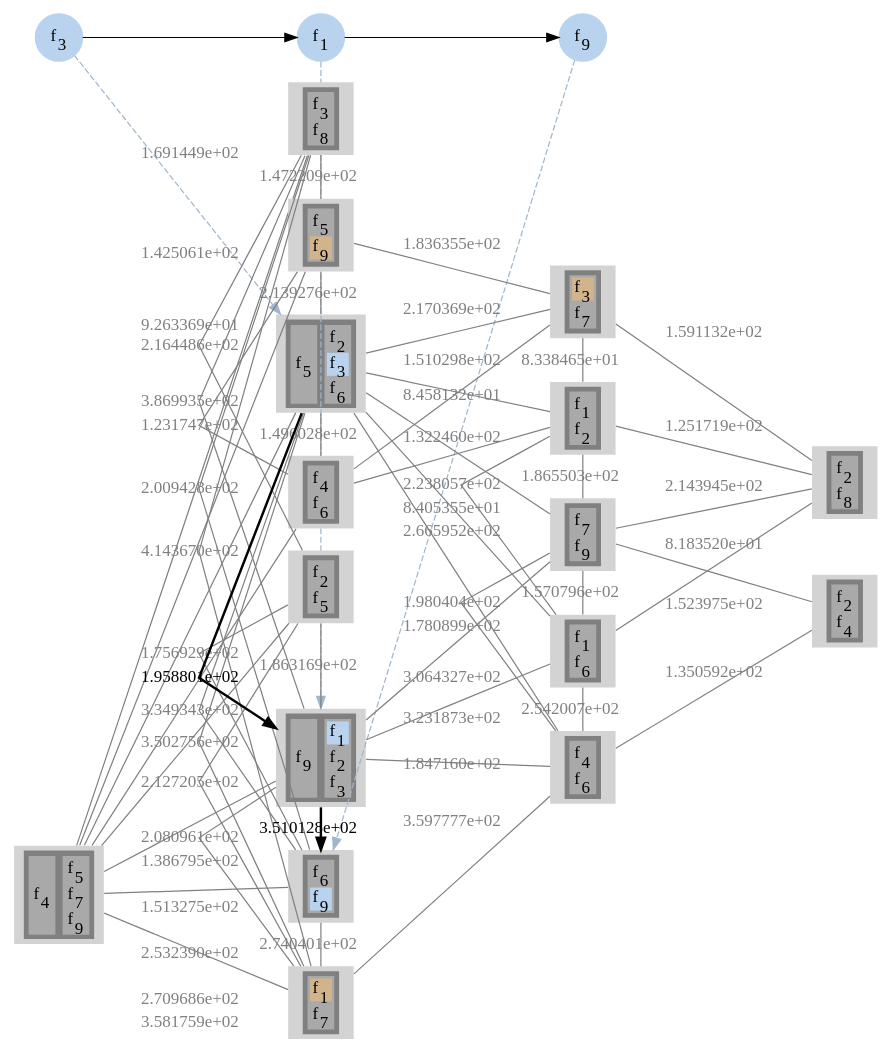
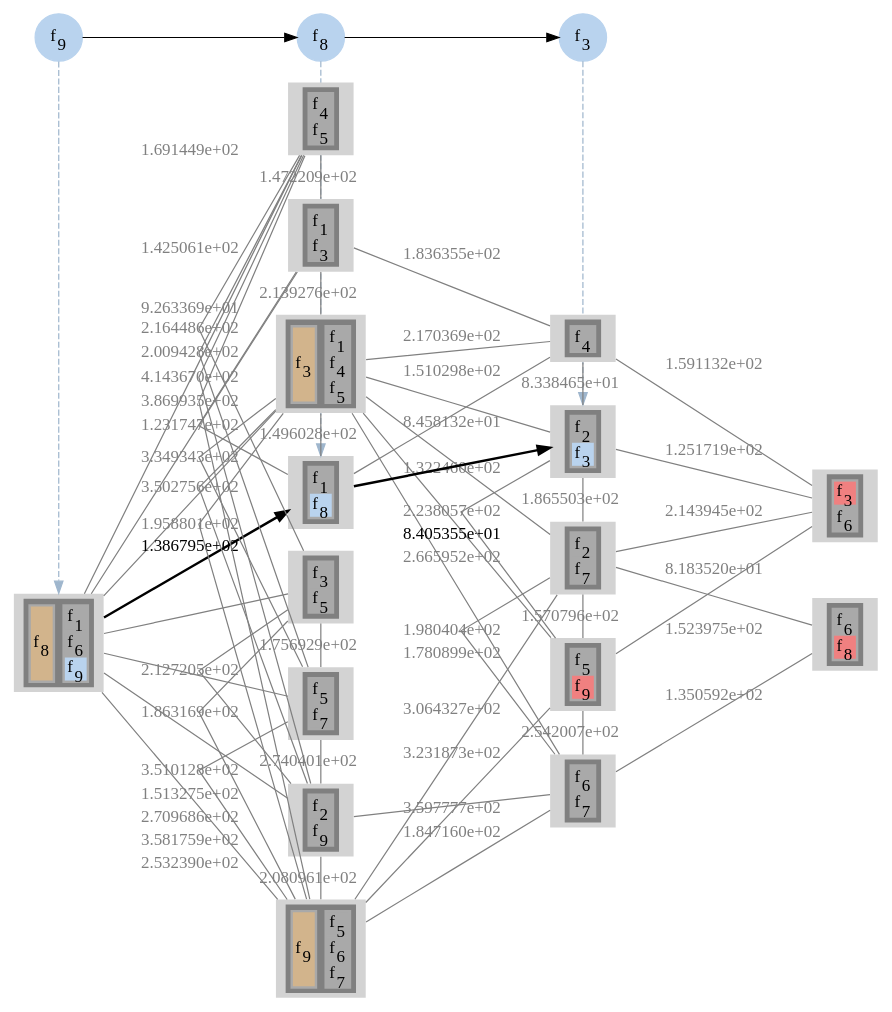
Before and after one commit to prateekshyap/SFC_Placement_in_VNF: the diagram in output/newyork_16_49/gv/sfcAssgn10.gv, drawn with Graphviz. The commit also changed 15 other files, not shown here.

```diff
--- a/output/newyork_16_49/gv/sfcAssgn10.gv
+++ b/output/newyork_16_49/gv/sfcAssgn10.gv
@@ -5,14 +5,14 @@
 subgraph sfc
 {
 node [shape=circle]
+{rank = same; f9; };
+{rank = same; f8; };
 {rank = same; f3; };
-{rank = same; f1; };
-{rank = same; f9; };
+f9[style=filled label=<f<SUB>9</SUB>> color="slategray2"]
+f8[style=filled label=<f<SUB>8</SUB>> color="slategray2"]
 f3[style=filled label=<f<SUB>3</SUB>> color="slategray2"]
-f1[style=filled label=<f<SUB>1</SUB>> color="slategray2"]
-f9[style=filled label=<f<SUB>9</SUB>> color="slategray2"]
-f3 -> f1
-f1 -> f9
+f9 -> f8
+f8 -> f3
 }
 subgraph network
 {
@@ -21,20 +21,143 @@
 {rank = same; 2; 5; 6; 7; 8; 12; 13; 15; };
 {rank = same; 3; 4; 9; 10; 14; };
 {rank = same; 11; 16; };
+1[style=filled
+label=<
+<TABLE BORDER="0" BGCOLOR="gray">
+<TR>
+<TD>
+<TABLE BORDER="0" BGCOLOR="darkgray">
+<TR><TD PORT="f32" BGCOLOR="tan">f<SUB>8</SUB></TD></TR>
+</TABLE>
+</TD>
+<TD>
+<TABLE BORDER="0" BGCOLOR="darkgray">
+<TR><TD PORT="f2" BGCOLOR="darkgray">f<SUB>1</SUB></TD></TR>
+<TR><TD PORT="f26" BGCOLOR="darkgray">f<SUB>6</SUB></TD></TR>
+<TR><TD PORT="f36" BGCOLOR="slategray2">f<SUB>9</SUB></TD></TR>
+</TABLE>
+</TD>
+</TR>
+</TABLE>>]
+
+8[style=filled
+label=<
+<TABLE BORDER="0" BGCOLOR="gray">
+<TR>
+<TD>
+<TABLE BORDER="0" BGCOLOR="darkgray">
+<TR><TD PORT="f3" BGCOLOR="darkgray">f<SUB>1</SUB></TD></TR>
+<TR><TD PORT="f34" BGCOLOR="slategray2">f<SUB>8</SUB></TD></TR>
+</TABLE>
+</TD>
+</TR>
+</TABLE>>]
+
+8[style=filled
+label=<
+<TABLE BORDER="0" BGCOLOR="gray">
+<TR>
+<TD>
+<TABLE BORDER="0" BGCOLOR="darkgray">
+<TR><TD PORT="f3" BGCOLOR="darkgray">f<SUB>1</SUB></TD></TR>
+<TR><TD PORT="f34" BGCOLOR="slategray2">f<SUB>8</SUB></TD></TR>
+</TABLE>
+</TD>
+</TR>
+</TABLE>>]
+
+4[style=filled
+label=<
+<TABLE BORDER="0" BGCOLOR="gray">
+<TR>
+<TD>
+<TABLE BORDER="0" BGCOLOR="darkgray">
+<TR><TD PORT="f6" BGCOLOR="darkgray">f<SUB>2</SUB></TD></TR>
+<TR><TD PORT="f10" BGCOLOR="slategray2">f<SUB>3</SUB></TD></TR>
+</TABLE>
+</TD>
+</TR>
+</TABLE>>]
+
+2[style=filled
+label=<
+<TABLE BORDER="0" BGCOLOR="gray">
+<TR>
+<TD>
+<TABLE BORDER="0" BGCOLOR="darkgray">
+<TR><TD PORT="f14" BGCOLOR="darkgray">f<SUB>4</SUB></TD></TR>
+<TR><TD PORT="f19" BGCOLOR="darkgray">f<SUB>5</SUB></TD></TR>
+</TABLE>
+</TD>
+</TR>
+</TABLE>>]
+
+5[style=filled
+label=<
+<TABLE BORDER="0" BGCOLOR="gray">
+<TR>
+<TD>
+<TABLE BORDER="0" BGCOLOR="darkgray">
+<TR><TD PORT="f11" BGCOLOR="darkgray">f<SUB>3</SUB></TD></TR>
+<TR><TD PORT="f20" BGCOLOR="darkgray">f<SUB>5</SUB></TD></TR>
+</TABLE>
+</TD>
+</TR>
+</TABLE>>]
+
+6[style=filled
+label=<
+<TABLE BORDER="0" BGCOLOR="gray">
+<TR>
+<TD>
+<TABLE BORDER="0" BGCOLOR="darkgray">
+<TR><TD PORT="f4" BGCOLOR="darkgray">f<SUB>1</SUB></TD></TR>
+<TR><TD PORT="f12" BGCOLOR="darkgray">f<SUB>3</SUB></TD></TR>
+</TABLE>
+</TD>
+</TR>
+</TABLE>>]
+
 7[style=filled
 label=<
 <TABLE BORDER="0" BGCOLOR="gray">
 <TR>
 <TD>
 <TABLE BORDER="0" BGCOLOR="darkgray">
-<TR><TD PORT="f19" BGCOLOR="darkgray">f<SUB>5</SUB></TD></TR>
+<TR><TD PORT="f8" BGCOLOR="tan">f<SUB>3</SUB></TD></TR>
 </TABLE>
 </TD>
 <TD>
 <TABLE BORDER="0" BGCOLOR="darkgray">
-<TR><TD PORT="f9" BGCOLOR="darkgray">f<SUB>2</SUB></TD></TR>
-<TR><TD PORT="f12" BGCOLOR="slategray2">f<SUB>3</SUB></TD></TR>
-<TR><TD PORT="f24" BGCOLOR="darkgray">f<SUB>6</SUB></TD></TR>
+<TR><TD PORT="f1" BGCOLOR="darkgray">f<SUB>1</SUB></TD></TR>
+<TR><TD PORT="f13" BGCOLOR="darkgray">f<SUB>4</SUB></TD></TR>
+<TR><TD PORT="f17" BGCOLOR="darkgray">f<SUB>5</SUB></TD></TR>
+</TABLE>
+</TD>
+</TR>
+</TABLE>>]
+
+12[style=filled
+label=<
+<TABLE BORDER="0" BGCOLOR="gray">
+<TR>
+<TD>
+<TABLE BORDER="0" BGCOLOR="darkgray">
+<TR><TD PORT="f22" BGCOLOR="darkgray">f<SUB>5</SUB></TD></TR>
+<TR><TD PORT="f31" BGCOLOR="darkgray">f<SUB>7</SUB></TD></TR>
+</TABLE>
+</TD>
+</TR>
+</TABLE>>]
+
+13[style=filled
+label=<
+<TABLE BORDER="0" BGCOLOR="gray">
+<TR>
+<TD>
+<TABLE BORDER="0" BGCOLOR="darkgray">
+<TR><TD PORT="f7" BGCOLOR="darkgray">f<SUB>2</SUB></TD></TR>
+<TR><TD PORT="f37" BGCOLOR="darkgray">f<SUB>9</SUB></TD></TR>
 </TABLE>
 </TD>
 </TR>
@@ -46,129 +169,13 @@
 <TR>
 <TD>
 <TABLE BORDER="0" BGCOLOR="darkgray">
-<TR><TD PORT="f34" BGCOLOR="darkgray">f<SUB>9</SUB></TD></TR>
+<TR><TD PORT="f35" BGCOLOR="tan">f<SUB>9</SUB></TD></TR>
 </TABLE>
 </TD>
 <TD>
 <TABLE BORDER="0" BGCOLOR="darkgray">
-<TR><TD PORT="f4" BGCOLOR="slategray2">f<SUB>1</SUB></TD></TR>
-<TR><TD PORT="f7" BGCOLOR="darkgray">f<SUB>2</SUB></TD></TR>
-<TR><TD PORT="f14" BGCOLOR="darkgray">f<SUB>3</SUB></TD></TR>
-</TABLE>
-</TD>
-</TR>
-</TABLE>>]
-
-15[style=filled
-label=<
-<TABLE BORDER="0" BGCOLOR="gray">
-<TR>
-<TD>
-<TABLE BORDER="0" BGCOLOR="darkgray">
-<TR><TD PORT="f34" BGCOLOR="darkgray">f<SUB>9</SUB></TD></TR>
-</TABLE>
-</TD>
-<TD>
-<TABLE BORDER="0" BGCOLOR="darkgray">
-<TR><TD PORT="f4" BGCOLOR="slategray2">f<SUB>1</SUB></TD></TR>
-<TR><TD PORT="f7" BGCOLOR="darkgray">f<SUB>2</SUB></TD></TR>
-<TR><TD PORT="f14" BGCOLOR="darkgray">f<SUB>3</SUB></TD></TR>
-</TABLE>
-</TD>
-</TR>
-</TABLE>>]
-
-12[style=filled
-label=<
-<TABLE BORDER="0" BGCOLOR="gray">
-<TR>
-<TD>
-<TABLE BORDER="0" BGCOLOR="darkgray">
-<TR><TD PORT="f27" BGCOLOR="darkgray">f<SUB>6</SUB></TD></TR>
-<TR><TD PORT="f37" BGCOLOR="slategray2">f<SUB>9</SUB></TD></TR>
-</TABLE>
-</TD>
-</TR>
-</TABLE>>]
-
-1[style=filled
-label=<
-<TABLE BORDER="0" BGCOLOR="gray">
-<TR>
-<TD>
-<TABLE BORDER="0" BGCOLOR="darkgray">
-<TR><TD PORT="f17" BGCOLOR="darkgray">f<SUB>4</SUB></TD></TR>
-</TABLE>
-</TD>
-<TD>
-<TABLE BORDER="0" BGCOLOR="darkgray">
-<TR><TD PORT="f22" BGCOLOR="darkgray">f<SUB>5</SUB></TD></TR>
-<TR><TD PORT="f30" BGCOLOR="darkgray">f<SUB>7</SUB></TD></TR>
-<TR><TD PORT="f35" BGCOLOR="darkgray">f<SUB>9</SUB></TD></TR>
-</TABLE>
-</TD>
-</TR>
-</TABLE>>]
-
-2[style=filled
-label=<
-<TABLE BORDER="0" BGCOLOR="gray">
-<TR>
-<TD>
-<TABLE BORDER="0" BGCOLOR="darkgray">
-<TR><TD PORT="f13" BGCOLOR="darkgray">f<SUB>3</SUB></TD></TR>
-<TR><TD PORT="f32" BGCOLOR="darkgray">f<SUB>8</SUB></TD></TR>
-</TABLE>
-</TD>
-</TR>
-</TABLE>>]
-
-5[style=filled
-label=<
-<TABLE BORDER="0" BGCOLOR="gray">
-<TR>
-<TD>
-<TABLE BORDER="0" BGCOLOR="darkgray">
-<TR><TD PORT="f8" BGCOLOR="darkgray">f<SUB>2</SUB></TD></TR>
-<TR><TD PORT="f21" BGCOLOR="darkgray">f<SUB>5</SUB></TD></TR>
-</TABLE>
-</TD>
-</TR>
-</TABLE>>]
-
-6[style=filled
-label=<
-<TABLE BORDER="0" BGCOLOR="gray">
-<TR>
-<TD>
-<TABLE BORDER="0" BGCOLOR="darkgray">
-<TR><TD PORT="f20" BGCOLOR="darkgray">f<SUB>5</SUB></TD></TR>
-<TR><TD PORT="f38" BGCOLOR="tan">f<SUB>9</SUB></TD></TR>
-</TABLE>
-</TD>
-</TR>
-</TABLE>>]
-
-8[style=filled
-label=<
-<TABLE BORDER="0" BGCOLOR="gray">
-<TR>
-<TD>
-<TABLE BORDER="0" BGCOLOR="darkgray">
-<TR><TD PORT="f15" BGCOLOR="darkgray">f<SUB>4</SUB></TD></TR>
+<TR><TD PORT="f18" BGCOLOR="darkgray">f<SUB>5</SUB></TD></TR>
 <TR><TD PORT="f23" BGCOLOR="darkgray">f<SUB>6</SUB></TD></TR>
-</TABLE>
-</TD>
-</TR>
-</TABLE>>]
-
-13[style=filled
-label=<
-<TABLE BORDER="0" BGCOLOR="gray">
-<TR>
-<TD>
-<TABLE BORDER="0" BGCOLOR="darkgray">
-<TR><TD PORT="f3" BGCOLOR="tan">f<SUB>1</SUB></TD></TR>
 <TR><TD PORT="f29" BGCOLOR="darkgray">f<SUB>7</SUB></TD></TR>
 </TABLE>
 </TD>
@@ -181,21 +188,7 @@
 <TR>
 <TD>
 <TABLE BORDER="0" BGCOLOR="darkgray">
-<TR><TD PORT="f11" BGCOLOR="tan">f<SUB>3</SUB></TD></TR>
-<TR><TD PORT="f28" BGCOLOR="darkgray">f<SUB>7</SUB></TD></TR>
-</TABLE>
-</TD>
-</TR>
-</TABLE>>]
-
-4[style=filled
-label=<
-<TABLE BORDER="0" BGCOLOR="gray">
-<TR>
-<TD>
-<TABLE BORDER="0" BGCOLOR="darkgray">
-<TR><TD PORT="f1" BGCOLOR="darkgray">f<SUB>1</SUB></TD></TR>
-<TR><TD PORT="f5" BGCOLOR="darkgray">f<SUB>2</SUB></TD></TR>
+<TR><TD PORT="f15" BGCOLOR="darkgray">f<SUB>4</SUB></TD></TR>
 </TABLE>
 </TD>
 </TR>
@@ -207,8 +200,8 @@
 <TR>
 <TD>
 <TABLE BORDER="0" BGCOLOR="darkgray">
-<TR><TD PORT="f10" BGCOLOR="darkgray">f<SUB>2</SUB></TD></TR>
-<TR><TD PORT="f33" BGCOLOR="darkgray">f<SUB>8</SUB></TD></TR>
+<TR><TD PORT="f9" BGCOLOR="lightcoral">f<SUB>3</SUB></TD></TR>
+<TR><TD PORT="f24" BGCOLOR="darkgray">f<SUB>6</SUB></TD></TR>
 </TABLE>
 </TD>
 </TR>
@@ -220,8 +213,8 @@
 <TR>
 <TD>
 <TABLE BORDER="0" BGCOLOR="darkgray">
-<TR><TD PORT="f31" BGCOLOR="darkgray">f<SUB>7</SUB></TD></TR>
-<TR><TD PORT="f36" BGCOLOR="darkgray">f<SUB>9</SUB></TD></TR>
+<TR><TD PORT="f5" BGCOLOR="darkgray">f<SUB>2</SUB></TD></TR>
+<TR><TD PORT="f28" BGCOLOR="darkgray">f<SUB>7</SUB></TD></TR>
 </TABLE>
 </TD>
 </TR>
@@ -233,8 +226,8 @@
 <TR>
 <TD>
 <TABLE BORDER="0" BGCOLOR="darkgray">
-<TR><TD PORT="f2" BGCOLOR="darkgray">f<SUB>1</SUB></TD></TR>
-<TR><TD PORT="f25" BGCOLOR="darkgray">f<SUB>6</SUB></TD></TR>
+<TR><TD PORT="f21" BGCOLOR="darkgray">f<SUB>5</SUB></TD></TR>
+<TR><TD PORT="f38" BGCOLOR="lightcoral">f<SUB>9</SUB></TD></TR>
 </TABLE>
 </TD>
 </TR>
@@ -246,8 +239,8 @@
 <TR>
 <TD>
 <TABLE BORDER="0" BGCOLOR="darkgray">
-<TR><TD PORT="f16" BGCOLOR="darkgray">f<SUB>4</SUB></TD></TR>
-<TR><TD PORT="f26" BGCOLOR="darkgray">f<SUB>6</SUB></TD></TR>
+<TR><TD PORT="f27" BGCOLOR="darkgray">f<SUB>6</SUB></TD></TR>
+<TR><TD PORT="f30" BGCOLOR="darkgray">f<SUB>7</SUB></TD></TR>
 </TABLE>
 </TD>
 </TR>
@@ -259,20 +252,19 @@
 <TR>
 <TD>
 <TABLE BORDER="0" BGCOLOR="darkgray">
-<TR><TD PORT="f6" BGCOLOR="darkgray">f<SUB>2</SUB></TD></TR>
-<TR><TD PORT="f18" BGCOLOR="darkgray">f<SUB>4</SUB></TD></TR>
+<TR><TD PORT="f25" BGCOLOR="darkgray">f<SUB>6</SUB></TD></TR>
+<TR><TD PORT="f33" BGCOLOR="lightcoral">f<SUB>8</SUB></TD></TR>
 </TABLE>
 </TD>
 </TR>
 </TABLE>>]
 
-7 -> 15[label="1.958801e+02" color="black" penwidth=2]
-15 -> 12[label="3.510128e+02" color="black" penwidth=2]
+1 -> 8[label="1.386795e+02" color="black" penwidth=2]
+8 -> 4[label="8.405355e+01" color="black" penwidth=2]
 1 -> 2[label="1.691449e+02" color="gray" fontcolor="gray" dir = none]
 1 -> 5[label="1.513275e+02" color="gray" fontcolor="gray" dir = none]
 1 -> 6[label="1.425061e+02" color="gray" fontcolor="gray" dir = none]
 1 -> 7[label="9.263369e+01" color="gray" fontcolor="gray" dir = none]
-1 -> 8[label="1.386795e+02" color="gray" fontcolor="gray" dir = none]
 1 -> 12[label="2.709686e+02" color="gray" fontcolor="gray" dir = none]
 1 -> 13[label="3.581759e+02" color="gray" fontcolor="gray" dir = none]
 1 -> 15[label="2.532390e+02" color="gray" fontcolor="gray" dir = none]
@@ -287,7 +279,6 @@
 3 -> 8[label="8.458132e+01" color="gray" fontcolor="gray" dir = none]
 3 -> 11[label="1.591132e+02" color="gray" fontcolor="gray" dir = none]
 4 -> 7[label="1.510298e+02" color="gray" fontcolor="gray" dir = none]
-4 -> 8[label="8.405355e+01" color="gray" fontcolor="gray" dir = none]
 4 -> 9[label="1.865503e+02" color="gray" fontcolor="gray" dir = none]
 4 -> 10[label="2.238057e+02" color="gray" fontcolor="gray" dir = none]
 4 -> 11[label="1.251719e+02" color="gray" fontcolor="gray" dir = none]
@@ -302,6 +293,7 @@
 7 -> 12[label="3.349343e+02" color="gray" fontcolor="gray" dir = none]
 7 -> 13[label="3.502756e+02" color="gray" fontcolor="gray" dir = none]
 7 -> 14[label="3.064327e+02" color="gray" fontcolor="gray" dir = none]
+7 -> 15[label="1.958801e+02" color="gray" fontcolor="gray" dir = none]
 9 -> 10[label="1.570796e+02" color="gray" fontcolor="gray" dir = none]
 9 -> 11[label="2.143945e+02" color="gray" fontcolor="gray" dir = none]
 9 -> 14[label="1.980404e+02" color="gray" fontcolor="gray" dir = none]
@@ -311,13 +303,14 @@
 10 -> 14[label="2.542007e+02" color="gray" fontcolor="gray" dir = none]
 10 -> 15[label="3.231873e+02" color="gray" fontcolor="gray" dir = none]
 12 -> 13[label="2.740401e+02" color="gray" fontcolor="gray" dir = none]
+12 -> 15[label="3.510128e+02" color="gray" fontcolor="gray" dir = none]
 13 -> 14[label="3.597777e+02" color="gray" fontcolor="gray" dir = none]
 13 -> 15[label="2.080961e+02" color="gray" fontcolor="gray" dir = none]
 14 -> 15[label="1.847160e+02" color="gray" fontcolor="gray" dir = none]
 14 -> 16[label="1.350592e+02" color="gray" fontcolor="gray" dir = none]
 }
 splines=false
-f3 -> 7[color="slategray3" style=dashed constraint=false]
-f1 -> 15[color="slategray3" style=dashed constraint=false]
-f9 -> 12[color="slategray3" style=dashed constraint=false]
+f9 -> 1[color="slategray3" style=dashed constraint=false]
+f8 -> 8[color="slategray3" style=dashed constraint=false]
+f3 -> 4[color="slategray3" style=dashed constraint=false]
 }
```
